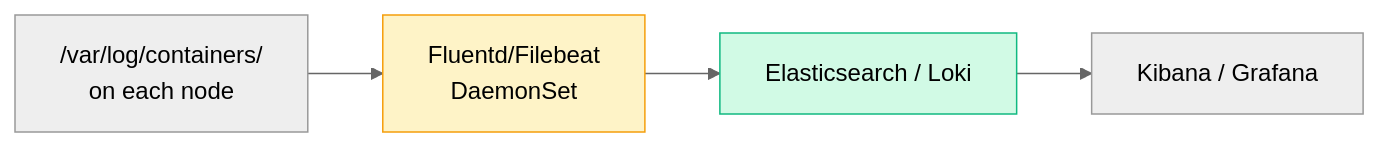
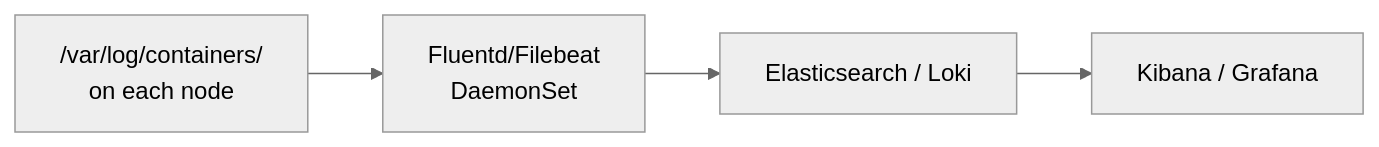
One commit to Gautam4424/k8slearn-content changed the fifth of 6 diagrams in content/cka/10-logging-monitoring/overview/overview.md. Above: the diagram before and after it, drawn with Mermaid (neutral theme). The commit also changed other lines of this file and 40 other files, not shown here.

Commit message:
chore: fix mermaid style regex

````diff
--- a/content/cka/10-logging-monitoring/overview/overview.md
+++ b/content/cka/10-logging-monitoring/overview/overview.md
@@ -220,10 +214,8 @@
 ```mermaid
 flowchart LR
     L["/var/log/containers/\non each node"]
     F["Fluentd/Filebeat\nDaemonSet"]
     ES["Elasticsearch / Loki"]
     KIB["Kibana / Grafana"]
     L --> F --> ES --> KIB
-    style F fill:#fef3c7,stroke:#f59e0b
-    style ES fill:#d1fae5,stroke:#10b981
 ```
````
